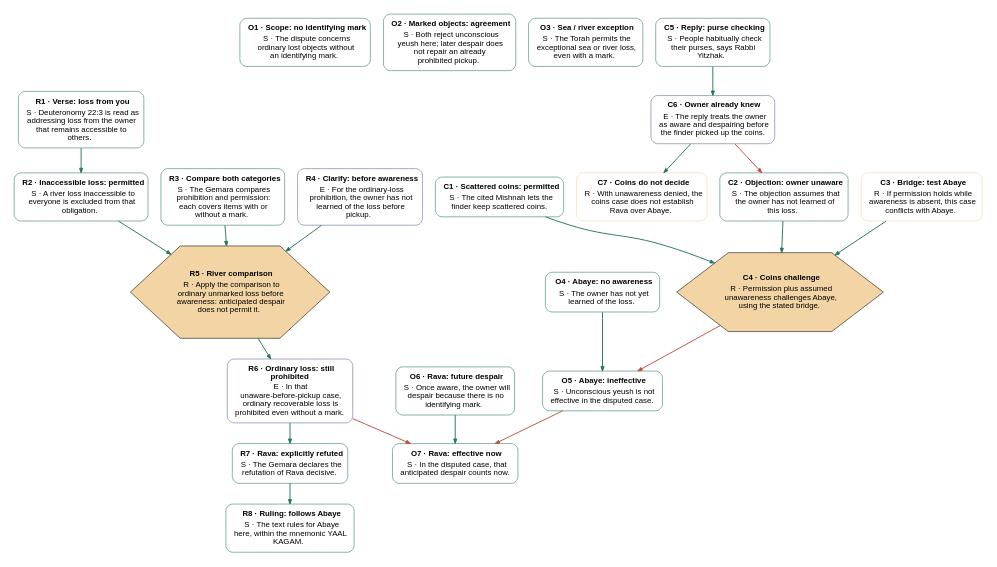
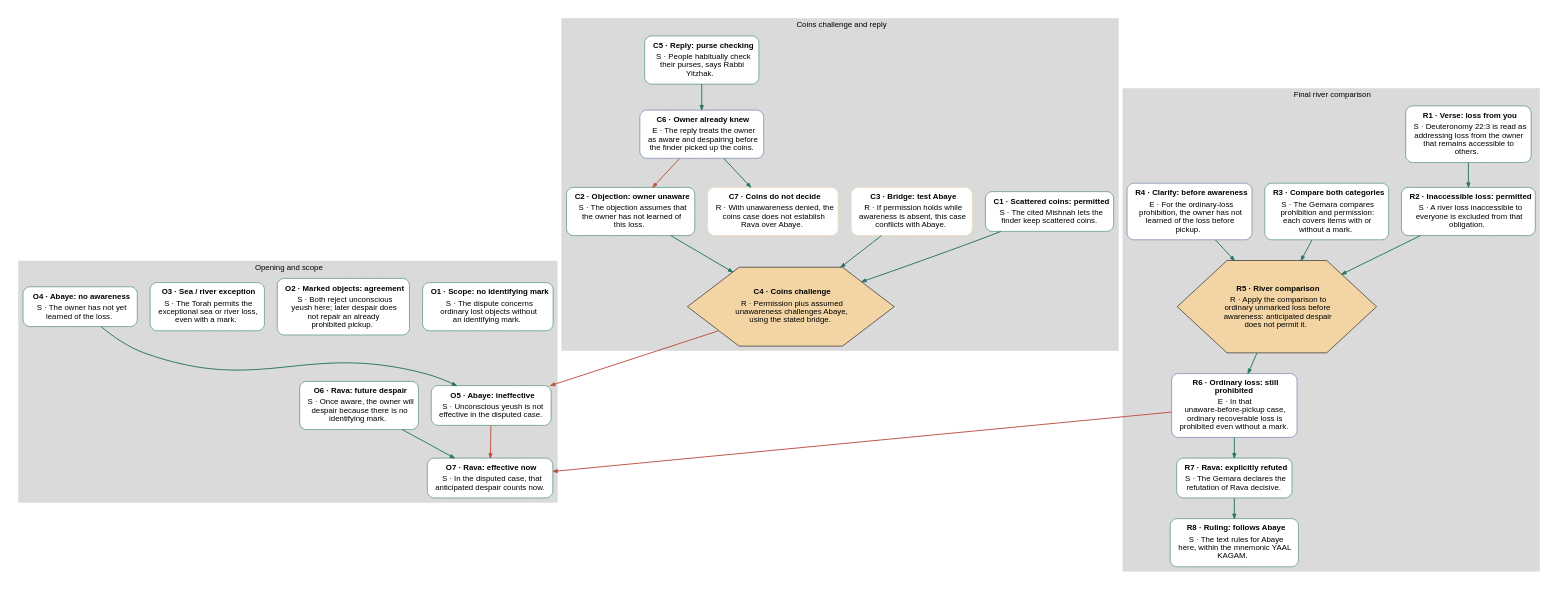
One commit to ashebson/yeush-shelo-midaat-argdown changed the diagram in maps/overview.dot. Above: the diagram before and after it, drawn with Graphviz. The commit also changed 105 other files, not shown here.

Commit message:
Add native Argdown reconstructions and offline Graph Code views

```diff
--- a/maps/overview.dot
+++ b/maps/overview.dot
@@ -7,19 +7,47 @@
 size = "";
 concentrate = "false";
 ratio = "auto";
-edge[arrowsize="0.8", penwidth="1.7"]graph [bgcolor = "#ffffff" ]  n0 [label=<<TABLE WIDTH="180" ALIGN="CENTER" BORDER="0" CELLSPACING="0"><TR><TD WIDTH="180" ALIGN="TEXT" BALIGN="CENTER"><FONT FACE="Arial" POINT-SIZE="14" COLOR="#000000"><B>O1&#x20;&#xB7;&#x20;Scope&#x3A;&#x20;no&#x20;identifying&#x20;mark</B></FONT></TD></TR><TR><TD ALIGN="TEXT" WIDTH="180" BALIGN="CENTER"><FONT FACE="Arial" POINT-SIZE="14" COLOR="#000000">S&#x20;&#xB7;&#x20;The&#x20;dispute&#x20;concerns<BR/>&#x20;ordinary&#x20;lost&#x20;objects&#x20;without<BR/>&#x20;an&#x20;identifying&#x20;mark.&#x20;</FONT></TD></TR></TABLE>>, tooltip="S · The dispute concerns ordinary lost objects without an identifying mark. ", shape="box",  margin="0.16,0.12", style="rounded,filled", color="#267565", fillcolor="white", labelfontcolor="white", fontcolor="#000000", type="statement-map-node"];
+edge[arrowsize="0.8", penwidth="1.7"]graph [bgcolor = "#ffffff" ]
+subgraph cluster_1 {
+  label = <<FONT FACE="Arial" POINT-SIZE="14" COLOR="#000000">Opening&#x20;and&#x20;scope</FONT>>;
+  color = "#DADADA";
+  margin="8" style = filled;
+ labelloc = "t";
+
+  n0 [label=<<TABLE WIDTH="180" ALIGN="CENTER" BORDER="0" CELLSPACING="0"><TR><TD WIDTH="180" ALIGN="TEXT" BALIGN="CENTER"><FONT FACE="Arial" POINT-SIZE="14" COLOR="#000000"><B>O1&#x20;&#xB7;&#x20;Scope&#x3A;&#x20;no&#x20;identifying&#x20;mark</B></FONT></TD></TR><TR><TD ALIGN="TEXT" WIDTH="180" BALIGN="CENTER"><FONT FACE="Arial" POINT-SIZE="14" COLOR="#000000">S&#x20;&#xB7;&#x20;The&#x20;dispute&#x20;concerns<BR/>&#x20;ordinary&#x20;lost&#x20;objects&#x20;without<BR/>&#x20;an&#x20;identifying&#x20;mark.&#x20;</FONT></TD></TR></TABLE>>, tooltip="S · The dispute concerns ordinary lost objects without an identifying mark. ", shape="box",  margin="0.16,0.12", style="rounded,filled", color="#267565", fillcolor="white", labelfontcolor="white", fontcolor="#000000", type="statement-map-node"];
   n1 [label=<<TABLE WIDTH="180" ALIGN="CENTER" BORDER="0" CELLSPACING="0"><TR><TD WIDTH="180" ALIGN="TEXT" BALIGN="CENTER"><FONT FACE="Arial" POINT-SIZE="14" COLOR="#000000"><B>O2&#x20;&#xB7;&#x20;Marked&#x20;objects&#x3A;&#x20;agreement</B></FONT></TD></TR><TR><TD ALIGN="TEXT" WIDTH="180" BALIGN="CENTER"><FONT FACE="Arial" POINT-SIZE="14" COLOR="#000000">S&#x20;&#xB7;&#x20;Both&#x20;reject&#x20;unconscious<BR/>&#x20;yeush&#x20;here&#x3B;&#x20;later&#x20;despair&#x20;does<BR/>&#x20;not&#x20;repair&#x20;an&#x20;already<BR/>&#x20;prohibited&#x20;pickup.&#x20;</FONT></TD></TR></TABLE>>, tooltip="S · Both reject unconscious yeush here; later despair does not repair an already prohibited pickup. ", shape="box",  margin="0.16,0.12", style="rounded,filled", color="#267565", fillcolor="white", labelfontcolor="white", fontcolor="#000000", type="statement-map-node"];
   n2 [label=<<TABLE WIDTH="180" ALIGN="CENTER" BORDER="0" CELLSPACING="0"><TR><TD WIDTH="180" ALIGN="TEXT" BALIGN="CENTER"><FONT FACE="Arial" POINT-SIZE="14" COLOR="#000000"><B>O3&#x20;&#xB7;&#x20;Sea&#x20;/&#x20;river&#x20;exception</B></FONT></TD></TR><TR><TD ALIGN="TEXT" WIDTH="180" BALIGN="CENTER"><FONT FACE="Arial" POINT-SIZE="14" COLOR="#000000">S&#x20;&#xB7;&#x20;The&#x20;Torah&#x20;permits&#x20;the<BR/>&#x20;exceptional&#x20;sea&#x20;or&#x20;river&#x20;loss&#x2C;<BR/>&#x20;even&#x20;with&#x20;a&#x20;mark.&#x20;</FONT></TD></TR></TABLE>>, tooltip="S · The Torah permits the exceptional sea or river loss, even with a mark. ", shape="box",  margin="0.16,0.12", style="rounded,filled", color="#267565", fillcolor="white", labelfontcolor="white", fontcolor="#000000", type="statement-map-node"];
   n3 [label=<<TABLE WIDTH="180" ALIGN="CENTER" BORDER="0" CELLSPACING="0"><TR><TD WIDTH="180" ALIGN="TEXT" BALIGN="CENTER"><FONT FACE="Arial" POINT-SIZE="14" COLOR="#000000"><B>O4&#x20;&#xB7;&#x20;Abaye&#x3A;&#x20;no&#x20;awareness</B></FONT></TD></TR><TR><TD ALIGN="TEXT" WIDTH="180" BALIGN="CENTER"><FONT FACE="Arial" POINT-SIZE="14" COLOR="#000000">S&#x20;&#xB7;&#x20;The&#x20;owner&#x20;has&#x20;not&#x20;yet<BR/>&#x20;learned&#x20;of&#x20;the&#x20;loss.&#x20;</FONT></TD></TR></TABLE>>, tooltip="S · The owner has not yet learned of the loss. ", shape="box",  margin="0.16,0.12", style="rounded,filled", color="#267565", fillcolor="white", labelfontcolor="white", fontcolor="#000000", type="statement-map-node"];
   n4 [label=<<TABLE WIDTH="180" ALIGN="CENTER" BORDER="0" CELLSPACING="0"><TR><TD WIDTH="180" ALIGN="TEXT" BALIGN="CENTER"><FONT FACE="Arial" POINT-SIZE="14" COLOR="#000000"><B>O5&#x20;&#xB7;&#x20;Abaye&#x3A;&#x20;ineffective</B></FONT></TD></TR><TR><TD ALIGN="TEXT" WIDTH="180" BALIGN="CENTER"><FONT FACE="Arial" POINT-SIZE="14" COLOR="#000000">S&#x20;&#xB7;&#x20;Unconscious&#x20;yeush&#x20;is&#x20;not<BR/>&#x20;effective&#x20;in&#x20;the&#x20;disputed&#x20;case.&#x20;</FONT></TD></TR></TABLE>>, tooltip="S · Unconscious yeush is not effective in the disputed case. ", shape="box",  margin="0.16,0.12", style="rounded,filled", color="#267565", fillcolor="white", labelfontcolor="white", fontcolor="#000000", type="statement-map-node"];
   n5 [label=<<TABLE WIDTH="180" ALIGN="CENTER" BORDER="0" CELLSPACING="0"><TR><TD WIDTH="180" ALIGN="TEXT" BALIGN="CENTER"><FONT FACE="Arial" POINT-SIZE="14" COLOR="#000000"><B>O7&#x20;&#xB7;&#x20;Rava&#x3A;&#x20;effective&#x20;now</B></FONT></TD></TR><TR><TD ALIGN="TEXT" WIDTH="180" BALIGN="CENTER"><FONT FACE="Arial" POINT-SIZE="14" COLOR="#000000">S&#x20;&#xB7;&#x20;In&#x20;the&#x20;disputed&#x20;case&#x2C;&#x20;that<BR/>&#x20;anticipated&#x20;despair&#x20;counts&#x20;now.&#x20;</FONT></TD></TR></TABLE>>, tooltip="S · In the disputed case, that anticipated despair counts now. ", shape="box",  margin="0.16,0.12", style="rounded,filled", color="#267565", fillcolor="white", labelfontcolor="white", fontcolor="#000000", type="statement-map-node"];
   n6 [label=<<TABLE WIDTH="180" ALIGN="CENTER" BORDER="0" CELLSPACING="0"><TR><TD WIDTH="180" ALIGN="TEXT" BALIGN="CENTER"><FONT FACE="Arial" POINT-SIZE="14" COLOR="#000000"><B>O6&#x20;&#xB7;&#x20;Rava&#x3A;&#x20;future&#x20;despair</B></FONT></TD></TR><TR><TD ALIGN="TEXT" WIDTH="180" BALIGN="CENTER"><FONT FACE="Arial" POINT-SIZE="14" COLOR="#000000">S&#x20;&#xB7;&#x20;Once&#x20;aware&#x2C;&#x20;the&#x20;owner&#x20;will<BR/>&#x20;despair&#x20;because&#x20;there&#x20;is&#x20;no<BR/>&#x20;identifying&#x20;mark.&#x20;</FONT></TD></TR></TABLE>>, tooltip="S · Once aware, the owner will despair because there is no identifying mark. ", shape="box",  margin="0.16,0.12", style="rounded,filled", color="#267565", fillcolor="white", labelfontcolor="white", fontcolor="#000000", type="statement-map-node"];
+
+}
+
+
+subgraph cluster_2 {
+  label = <<FONT FACE="Arial" POINT-SIZE="14" COLOR="#000000">Coins&#x20;challenge&#x20;and&#x20;reply</FONT>>;
+  color = "#DADADA";
+  margin="8" style = filled;
+ labelloc = "t";
+
   n7 [label=<<TABLE WIDTH="180" ALIGN="CENTER" BORDER="0" CELLSPACING="0"><TR><TD WIDTH="180" ALIGN="TEXT" BALIGN="CENTER"><FONT FACE="Arial" POINT-SIZE="14" COLOR="#000000"><B>C1&#x20;&#xB7;&#x20;Scattered&#x20;coins&#x3A;&#x20;permitted</B></FONT></TD></TR><TR><TD ALIGN="TEXT" WIDTH="180" BALIGN="CENTER"><FONT FACE="Arial" POINT-SIZE="14" COLOR="#000000">S&#x20;&#xB7;&#x20;The&#x20;cited&#x20;Mishnah&#x20;lets&#x20;the<BR/>&#x20;finder&#x20;keep&#x20;scattered&#x20;coins.&#x20;</FONT></TD></TR></TABLE>>, tooltip="S · The cited Mishnah lets the finder keep scattered coins. ", shape="box",  margin="0.16,0.12", style="rounded,filled", color="#267565", fillcolor="white", labelfontcolor="white", fontcolor="#000000", type="statement-map-node"];
   n8 [label=<<TABLE WIDTH="180" ALIGN="CENTER" BORDER="0" CELLSPACING="0"><TR><TD WIDTH="180" ALIGN="TEXT" BALIGN="CENTER"><FONT FACE="Arial" POINT-SIZE="14" COLOR="#000000"><B>C2&#x20;&#xB7;&#x20;Objection&#x3A;&#x20;owner&#x20;unaware</B></FONT></TD></TR><TR><TD ALIGN="TEXT" WIDTH="180" BALIGN="CENTER"><FONT FACE="Arial" POINT-SIZE="14" COLOR="#000000">S&#x20;&#xB7;&#x20;The&#x20;objection&#x20;assumes&#x20;that<BR/>&#x20;the&#x20;owner&#x20;has&#x20;not&#x20;learned&#x20;of<BR/>&#x20;this&#x20;loss.&#x20;</FONT></TD></TR></TABLE>>, tooltip="S · The objection assumes that the owner has not learned of this loss. ", shape="box",  margin="0.16,0.12", style="rounded,filled", color="#267565", fillcolor="white", labelfontcolor="white", fontcolor="#000000", type="statement-map-node"];
   n9 [label=<<TABLE WIDTH="180" ALIGN="CENTER" BORDER="0" CELLSPACING="0"><TR><TD WIDTH="180" ALIGN="TEXT" BALIGN="CENTER"><FONT FACE="Arial" POINT-SIZE="14" COLOR="#000000"><B>C3&#x20;&#xB7;&#x20;Bridge&#x3A;&#x20;test&#x20;Abaye</B></FONT></TD></TR><TR><TD ALIGN="TEXT" WIDTH="180" BALIGN="CENTER"><FONT FACE="Arial" POINT-SIZE="14" COLOR="#000000">R&#x20;&#xB7;&#x20;If&#x20;permission&#x20;holds&#x20;while<BR/>&#x20;awareness&#x20;is&#x20;absent&#x2C;&#x20;this&#x20;case<BR/>&#x20;conflicts&#x20;with&#x20;Abaye.&#x20;</FONT></TD></TR></TABLE>>, tooltip="R · If permission holds while awareness is absent, this case conflicts with Abaye. ", shape="box",  margin="0.16,0.12", style="rounded,filled", color="#f3d5a5", fillcolor="white", labelfontcolor="white", fontcolor="#000000", type="statement-map-node"];
   n10 [label=<<TABLE WIDTH="180" ALIGN="CENTER" BORDER="0" CELLSPACING="0"><TR><TD WIDTH="180" ALIGN="TEXT" BALIGN="CENTER"><FONT FACE="Arial" POINT-SIZE="14" COLOR="#000000"><B>C5&#x20;&#xB7;&#x20;Reply&#x3A;&#x20;purse&#x20;checking</B></FONT></TD></TR><TR><TD ALIGN="TEXT" WIDTH="180" BALIGN="CENTER"><FONT FACE="Arial" POINT-SIZE="14" COLOR="#000000">S&#x20;&#xB7;&#x20;People&#x20;habitually&#x20;check<BR/>&#x20;their&#x20;purses&#x2C;&#x20;says&#x20;Rabbi<BR/>&#x20;Yitzhak.&#x20;</FONT></TD></TR></TABLE>>, tooltip="S · People habitually check their purses, says Rabbi Yitzhak. ", shape="box",  margin="0.16,0.12", style="rounded,filled", color="#267565", fillcolor="white", labelfontcolor="white", fontcolor="#000000", type="statement-map-node"];
   n11 [label=<<TABLE WIDTH="180" ALIGN="CENTER" BORDER="0" CELLSPACING="0"><TR><TD WIDTH="180" ALIGN="TEXT" BALIGN="CENTER"><FONT FACE="Arial" POINT-SIZE="14" COLOR="#000000"><B>C6&#x20;&#xB7;&#x20;Owner&#x20;already&#x20;knew</B></FONT></TD></TR><TR><TD ALIGN="TEXT" WIDTH="180" BALIGN="CENTER"><FONT FACE="Arial" POINT-SIZE="14" COLOR="#000000">E&#x20;&#xB7;&#x20;The&#x20;reply&#x20;treats&#x20;the&#x20;owner<BR/>&#x20;as&#x20;aware&#x20;and&#x20;despairing&#x20;before<BR/>&#x20;the&#x20;finder&#x20;picked&#x20;up&#x20;the&#x20;coins.&#x20;</FONT></TD></TR></TABLE>>, tooltip="E · The reply treats the owner as aware and despairing before the finder picked up the coins. ", shape="box",  margin="0.16,0.12", style="rounded,filled", color="#53659c", fillcolor="white", labelfontcolor="white", fontcolor="#000000", type="statement-map-node"];
   n12 [label=<<TABLE WIDTH="180" ALIGN="CENTER" BORDER="0" CELLSPACING="0"><TR><TD WIDTH="180" ALIGN="TEXT" BALIGN="CENTER"><FONT FACE="Arial" POINT-SIZE="14" COLOR="#000000"><B>C7&#x20;&#xB7;&#x20;Coins&#x20;do&#x20;not&#x20;decide</B></FONT></TD></TR><TR><TD ALIGN="TEXT" WIDTH="180" BALIGN="CENTER"><FONT FACE="Arial" POINT-SIZE="14" COLOR="#000000">R&#x20;&#xB7;&#x20;With&#x20;unawareness&#x20;denied&#x2C;&#x20;the<BR/>&#x20;coins&#x20;case&#x20;does&#x20;not&#x20;establish<BR/>&#x20;Rava&#x20;over&#x20;Abaye.&#x20;</FONT></TD></TR></TABLE>>, tooltip="R · With unawareness denied, the coins case does not establish Rava over Abaye. ", shape="box",  margin="0.16,0.12", style="rounded,filled", color="#f3d5a5", fillcolor="white", labelfontcolor="white", fontcolor="#000000", type="statement-map-node"];
+  n20 [label=<<TABLE WIDTH="180" ALIGN="CENTER" BORDER="0" CELLSPACING="0"><TR><TD WIDTH="180" ALIGN="TEXT" BALIGN="CENTER"><FONT FACE="Arial" POINT-SIZE="14" COLOR="#000000"><B>C4&#x20;&#xB7;&#x20;Coins&#x20;challenge</B></FONT></TD></TR><TR><TD ALIGN="TEXT" WIDTH="180" BALIGN="CENTER"><FONT FACE="Arial" POINT-SIZE="14" COLOR="#000000">R&#x20;&#xB7;&#x20;Permission&#x20;plus&#x20;assumed<BR/>&#x20;unawareness&#x20;challenges&#x20;Abaye&#x2C;<BR/>&#x20;using&#x20;the&#x20;stated&#x20;bridge.&#x20;</FONT></TD></TR></TABLE>>, tooltip="R · Permission plus assumed unawareness challenges Abaye, using the stated bridge. ", margin="0.16,0.12", shape="hexagon", style="filled", fillcolor="#f3d5a5", fontcolor="#000000",  type="argument-map-node"];
+
+}
+
+
+subgraph cluster_3 {
+  label = <<FONT FACE="Arial" POINT-SIZE="14" COLOR="#000000">Final&#x20;river&#x20;comparison</FONT>>;
+  color = "#DADADA";
+  margin="8" style = filled;
+ labelloc = "t";
+
   n13 [label=<<TABLE WIDTH="180" ALIGN="CENTER" BORDER="0" CELLSPACING="0"><TR><TD WIDTH="180" ALIGN="TEXT" BALIGN="CENTER"><FONT FACE="Arial" POINT-SIZE="14" COLOR="#000000"><B>R1&#x20;&#xB7;&#x20;Verse&#x3A;&#x20;loss&#x20;from&#x20;you</B></FONT></TD></TR><TR><TD ALIGN="TEXT" WIDTH="180" BALIGN="CENTER"><FONT FACE="Arial" POINT-SIZE="14" COLOR="#000000">S&#x20;&#xB7;&#x20;Deuteronomy&#x20;22&#x3A;3&#x20;is&#x20;read&#x20;as<BR/>&#x20;addressing&#x20;loss&#x20;from&#x20;the&#x20;owner<BR/>&#x20;that&#x20;remains&#x20;accessible&#x20;to<BR/>&#x20;others.&#x20;</FONT></TD></TR></TABLE>>, tooltip="S · Deuteronomy 22:3 is read as addressing loss from the owner that remains accessible to others. ", shape="box",  margin="0.16,0.12", style="rounded,filled", color="#267565", fillcolor="white", labelfontcolor="white", fontcolor="#000000", type="statement-map-node"];
   n14 [label=<<TABLE WIDTH="180" ALIGN="CENTER" BORDER="0" CELLSPACING="0"><TR><TD WIDTH="180" ALIGN="TEXT" BALIGN="CENTER"><FONT FACE="Arial" POINT-SIZE="14" COLOR="#000000"><B>R2&#x20;&#xB7;&#x20;Inaccessible&#x20;loss&#x3A;&#x20;permitted</B></FONT></TD></TR><TR><TD ALIGN="TEXT" WIDTH="180" BALIGN="CENTER"><FONT FACE="Arial" POINT-SIZE="14" COLOR="#000000">S&#x20;&#xB7;&#x20;A&#x20;river&#x20;loss&#x20;inaccessible&#x20;to<BR/>&#x20;everyone&#x20;is&#x20;excluded&#x20;from&#x20;that<BR/>&#x20;obligation.&#x20;</FONT></TD></TR></TABLE>>, tooltip="S · A river loss inaccessible to everyone is excluded from that obligation. ", shape="box",  margin="0.16,0.12", style="rounded,filled", color="#267565", fillcolor="white", labelfontcolor="white", fontcolor="#000000", type="statement-map-node"];
   n15 [label=<<TABLE WIDTH="180" ALIGN="CENTER" BORDER="0" CELLSPACING="0"><TR><TD WIDTH="180" ALIGN="TEXT" BALIGN="CENTER"><FONT FACE="Arial" POINT-SIZE="14" COLOR="#000000"><B>R3&#x20;&#xB7;&#x20;Compare&#x20;both&#x20;categories</B></FONT></TD></TR><TR><TD ALIGN="TEXT" WIDTH="180" BALIGN="CENTER"><FONT FACE="Arial" POINT-SIZE="14" COLOR="#000000">S&#x20;&#xB7;&#x20;The&#x20;Gemara&#x20;compares<BR/>&#x20;prohibition&#x20;and&#x20;permission&#x3A;<BR/>&#x20;each&#x20;covers&#x20;items&#x20;with&#x20;or<BR/>&#x20;without&#x20;a&#x20;mark.&#x20;</FONT></TD></TR></TABLE>>, tooltip="S · The Gemara compares prohibition and permission: each covers items with or without a mark. ", shape="box",  margin="0.16,0.12", style="rounded,filled", color="#267565", fillcolor="white", labelfontcolor="white", fontcolor="#000000", type="statement-map-node"];
@@ -27,27 +55,29 @@
   n17 [label=<<TABLE WIDTH="180" ALIGN="CENTER" BORDER="0" CELLSPACING="0"><TR><TD WIDTH="180" ALIGN="TEXT" BALIGN="CENTER"><FONT FACE="Arial" POINT-SIZE="14" COLOR="#000000"><B>R6&#x20;&#xB7;&#x20;Ordinary&#x20;loss&#x3A;&#x20;still<BR/>&#x20;prohibited</B></FONT></TD></TR><TR><TD ALIGN="TEXT" WIDTH="180" BALIGN="CENTER"><FONT FACE="Arial" POINT-SIZE="14" COLOR="#000000">E&#x20;&#xB7;&#x20;In&#x20;that<BR/>&#x20;unaware-before-pickup&#x20;case&#x2C;<BR/>&#x20;ordinary&#x20;recoverable&#x20;loss&#x20;is<BR/>&#x20;prohibited&#x20;even&#x20;without&#x20;a&#x20;mark.&#x20;</FONT></TD></TR></TABLE>>, tooltip="E · In that unaware-before-pickup case, ordinary recoverable loss is prohibited even without a mark. ", shape="box",  margin="0.16,0.12", style="rounded,filled", color="#53659c", fillcolor="white", labelfontcolor="white", fontcolor="#000000", type="statement-map-node"];
   n18 [label=<<TABLE WIDTH="180" ALIGN="CENTER" BORDER="0" CELLSPACING="0"><TR><TD WIDTH="180" ALIGN="TEXT" BALIGN="CENTER"><FONT FACE="Arial" POINT-SIZE="14" COLOR="#000000"><B>R7&#x20;&#xB7;&#x20;Rava&#x3A;&#x20;explicitly&#x20;refuted</B></FONT></TD></TR><TR><TD ALIGN="TEXT" WIDTH="180" BALIGN="CENTER"><FONT FACE="Arial" POINT-SIZE="14" COLOR="#000000">S&#x20;&#xB7;&#x20;The&#x20;Gemara&#x20;declares&#x20;the<BR/>&#x20;refutation&#x20;of&#x20;Rava&#x20;decisive.&#x20;</FONT></TD></TR></TABLE>>, tooltip="S · The Gemara declares the refutation of Rava decisive. ", shape="box",  margin="0.16,0.12", style="rounded,filled", color="#267565", fillcolor="white", labelfontcolor="white", fontcolor="#000000", type="statement-map-node"];
   n19 [label=<<TABLE WIDTH="180" ALIGN="CENTER" BORDER="0" CELLSPACING="0"><TR><TD WIDTH="180" ALIGN="TEXT" BALIGN="CENTER"><FONT FACE="Arial" POINT-SIZE="14" COLOR="#000000"><B>R8&#x20;&#xB7;&#x20;Ruling&#x3A;&#x20;follows&#x20;Abaye</B></FONT></TD></TR><TR><TD ALIGN="TEXT" WIDTH="180" BALIGN="CENTER"><FONT FACE="Arial" POINT-SIZE="14" COLOR="#000000">S&#x20;&#xB7;&#x20;The&#x20;text&#x20;rules&#x20;for&#x20;Abaye<BR/>&#x20;here&#x2C;&#x20;within&#x20;the&#x20;mnemonic&#x20;YAAL<BR/>&#x20;KAGAM.&#x20;</FONT></TD></TR></TABLE>>, tooltip="S · The text rules for Abaye here, within the mnemonic YAAL KAGAM. ", shape="box",  margin="0.16,0.12", style="rounded,filled", color="#267565", fillcolor="white", labelfontcolor="white", fontcolor="#000000", type="statement-map-node"];
-  n20 [label=<<TABLE WIDTH="180" ALIGN="CENTER" BORDER="0" CELLSPACING="0"><TR><TD WIDTH="180" ALIGN="TEXT" BALIGN="CENTER"><FONT FACE="Arial" POINT-SIZE="14" COLOR="#000000"><B>C4&#x20;&#xB7;&#x20;Coins&#x20;challenge</B></FONT></TD></TR><TR><TD ALIGN="TEXT" WIDTH="180" BALIGN="CENTER"><FONT FACE="Arial" POINT-SIZE="14" COLOR="#000000">R&#x20;&#xB7;&#x20;Permission&#x20;plus&#x20;assumed<BR/>&#x20;unawareness&#x20;challenges&#x20;Abaye&#x2C;<BR/>&#x20;using&#x20;the&#x20;stated&#x20;bridge.&#x20;</FONT></TD></TR></TABLE>>, tooltip="R · Permission plus assumed unawareness challenges Abaye, using the stated bridge. ", margin="0.16,0.12", shape="hexagon", style="filled", fillcolor="#f3d5a5", fontcolor="#000000",  type="argument-map-node"];
   n21 [label=<<TABLE WIDTH="180" ALIGN="CENTER" BORDER="0" CELLSPACING="0"><TR><TD WIDTH="180" ALIGN="TEXT" BALIGN="CENTER"><FONT FACE="Arial" POINT-SIZE="14" COLOR="#000000"><B>R5&#x20;&#xB7;&#x20;River&#x20;comparison</B></FONT></TD></TR><TR><TD ALIGN="TEXT" WIDTH="180" BALIGN="CENTER"><FONT FACE="Arial" POINT-SIZE="14" COLOR="#000000">R&#x20;&#xB7;&#x20;Apply&#x20;the&#x20;comparison&#x20;to<BR/>&#x20;ordinary&#x20;unmarked&#x20;loss&#x20;before<BR/>&#x20;awareness&#x3A;&#x20;anticipated&#x20;despair<BR/>&#x20;does&#x20;not&#x20;permit&#x20;it.&#x20;</FONT></TD></TR></TABLE>>, tooltip="R · Apply the comparison to ordinary unmarked loss before awareness: anticipated despair does not permit it. ", margin="0.16,0.12", shape="hexagon", style="filled", fillcolor="#f3d5a5", fontcolor="#000000",  type="argument-map-node"];
+
+}
+
 
 
   n3 -> n4 [type="support", color="#267565", tooltip="support"];
   n4 -> n5 [type="attack", color="#bd5143", tooltip="attack"];
   n6 -> n5 [type="support", color="#267565", tooltip="support"];
-  n7 -> n20 [type="support", color="#267565", tooltip="support"];
-  n8 -> n20 [type="support", color="#267565", tooltip="support"];
-  n9 -> n20 [type="support", color="#267565", tooltip="support"];
   n20 -> n4 [type="attack", color="#bd5143", tooltip="attack"];
   n10 -> n11 [type="support", color="#267565", tooltip="support"];
   n11 -> n8 [type="attack", color="#bd5143", tooltip="attack"];
   n11 -> n12 [type="support", color="#267565", tooltip="support"];
   n13 -> n14 [type="support", color="#267565", tooltip="support"];
+  n17 -> n5 [type="attack", color="#bd5143", tooltip="attack"];
+  n17 -> n18 [type="support", color="#267565", tooltip="support"];
+  n18 -> n19 [type="support", color="#267565", tooltip="support"];
+  n21 -> n17 [type="support", color="#267565", tooltip="support"];
+  n7 -> n20 [type="support", color="#267565", tooltip="support"];
+  n8 -> n20 [type="support", color="#267565", tooltip="support"];
+  n9 -> n20 [type="support", color="#267565", tooltip="support"];
   n14 -> n21 [type="support", color="#267565", tooltip="support"];
   n15 -> n21 [type="support", color="#267565", tooltip="support"];
   n16 -> n21 [type="support", color="#267565", tooltip="support"];
-  n21 -> n17 [type="support", color="#267565", tooltip="support"];
-  n17 -> n5 [type="attack", color="#bd5143", tooltip="attack"];
-  n17 -> n18 [type="support", color="#267565", tooltip="support"];
-  n18 -> n19 [type="support", color="#267565", tooltip="support"];
 
 }
```
